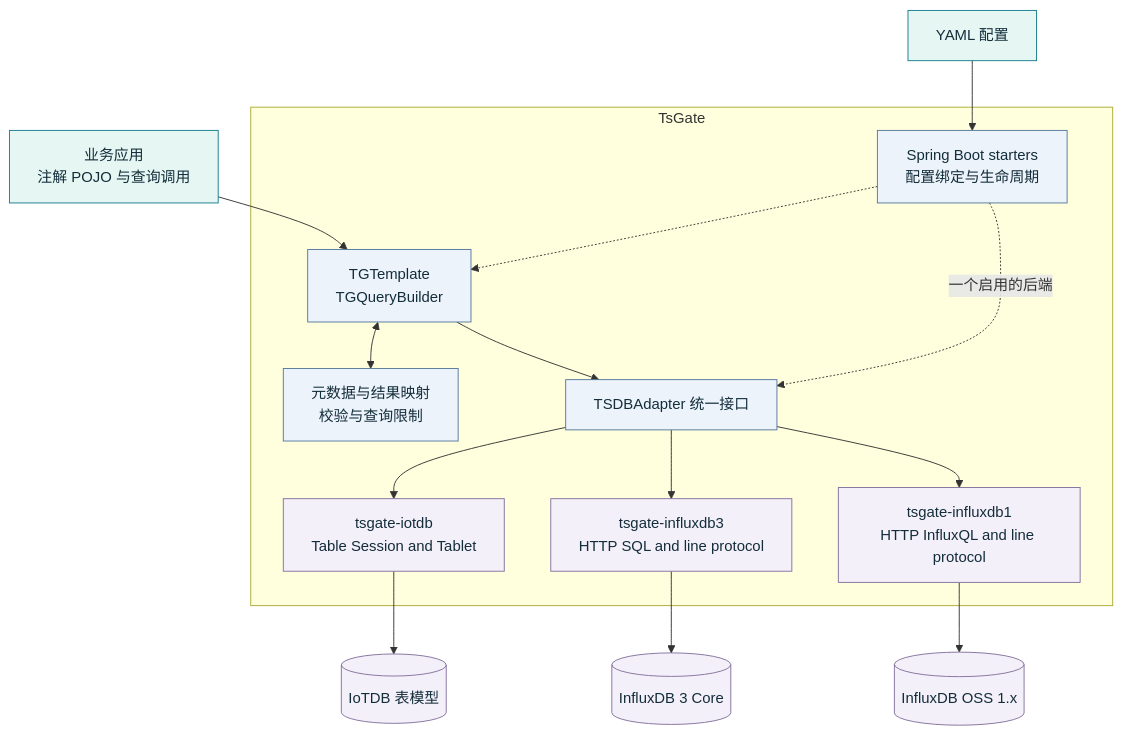
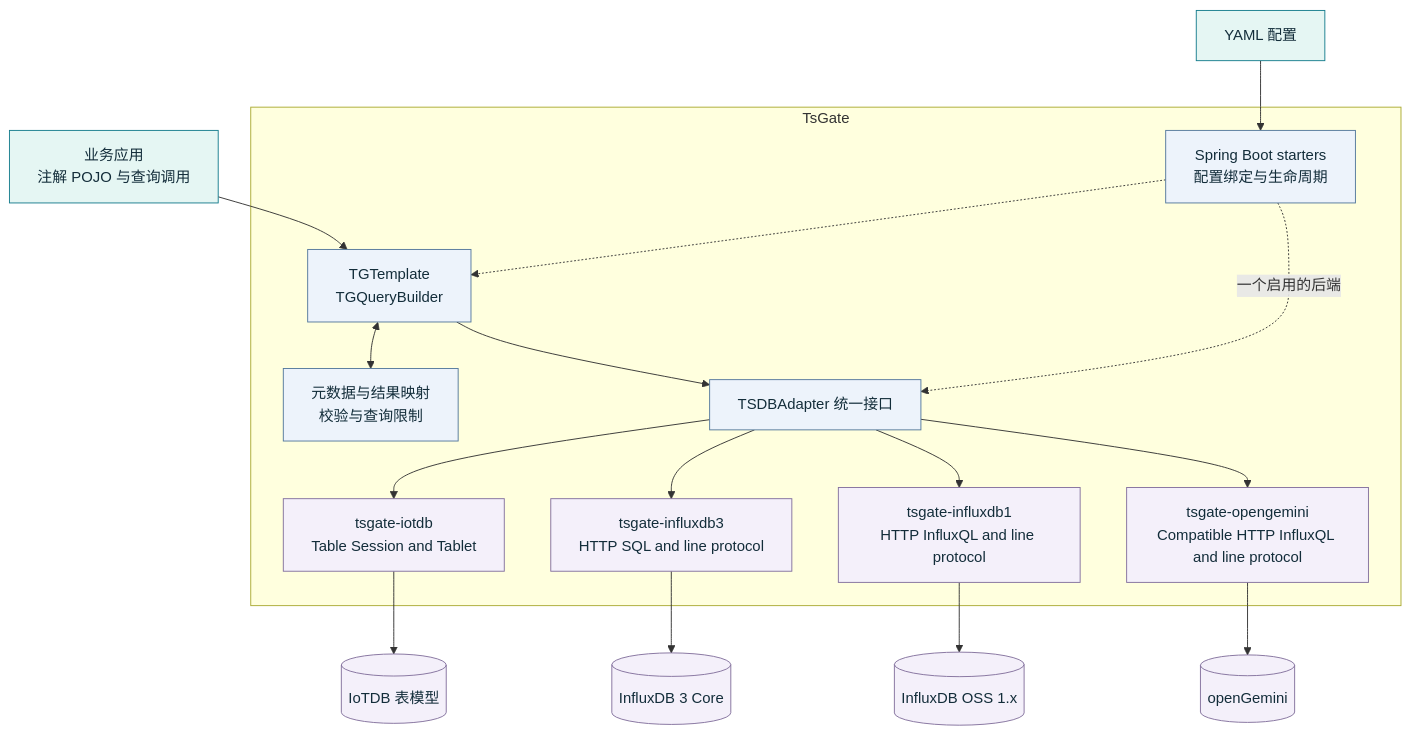
One commit to AlanDevise/TsGate changed the diagram in README.zh-CN.md. Above: the diagram before and after it, drawn with Mermaid. The commit also changed other lines of this file and 40 other files, not shown here.

First line of the commit message:
feat: release TsGate 2.1.0 with openGemini support

````diff
--- a/README.zh-CN.md
+++ b/README.zh-CN.md
@@ -31,32 +32,35 @@
 ```mermaid
 flowchart TB
     APP["业务应用<br/>注解 POJO 与查询调用"]
     YAML["YAML 配置"]
     subgraph TSGATE["TsGate"]
         STARTER["Spring Boot starters<br/>配置绑定与生命周期"]
         API["TGTemplate<br/>TGQueryBuilder"]
         CORE["元数据与结果映射<br/>校验与查询限制"]
         SPI["TSDBAdapter 统一接口"]
         IOT["tsgate-iotdb<br/>Table Session and Tablet"]
         INF3["tsgate-influxdb3<br/>HTTP SQL and line protocol"]
         INF1["tsgate-influxdb1<br/>HTTP InfluxQL and line protocol"]
+        GEM["tsgate-opengemini<br/>Compatible HTTP InfluxQL and line protocol"]
         STARTER -.-> API
         STARTER -. "一个启用的后端" .-> SPI
         API <--> CORE
         API --> SPI
         SPI --> IOT
         SPI --> INF3
         SPI --> INF1
+        SPI --> GEM
     end
     APP --> API
     YAML --> STARTER
     IOT --> DBI[("IoTDB 表模型")]
     INF3 --> DB3[("InfluxDB 3 Core")]
     INF1 --> DB1[("InfluxDB OSS 1.x")]
+    GEM --> DBG[("openGemini")]
     classDef entry fill:#e5f6f3,stroke:#167d8d,color:#132d3a
     classDef shared fill:#edf3fb,stroke:#54789c,color:#132d3a
     classDef backend fill:#f4f0fa,stroke:#83709d,color:#132d3a
     class APP,YAML entry
     class STARTER,API,CORE,SPI shared
-    class IOT,INF3,INF1,DBI,DB3,DB1 backend
+    class IOT,INF3,INF1,GEM,DBI,DB3,DB1,DBG backend
 ```
````
